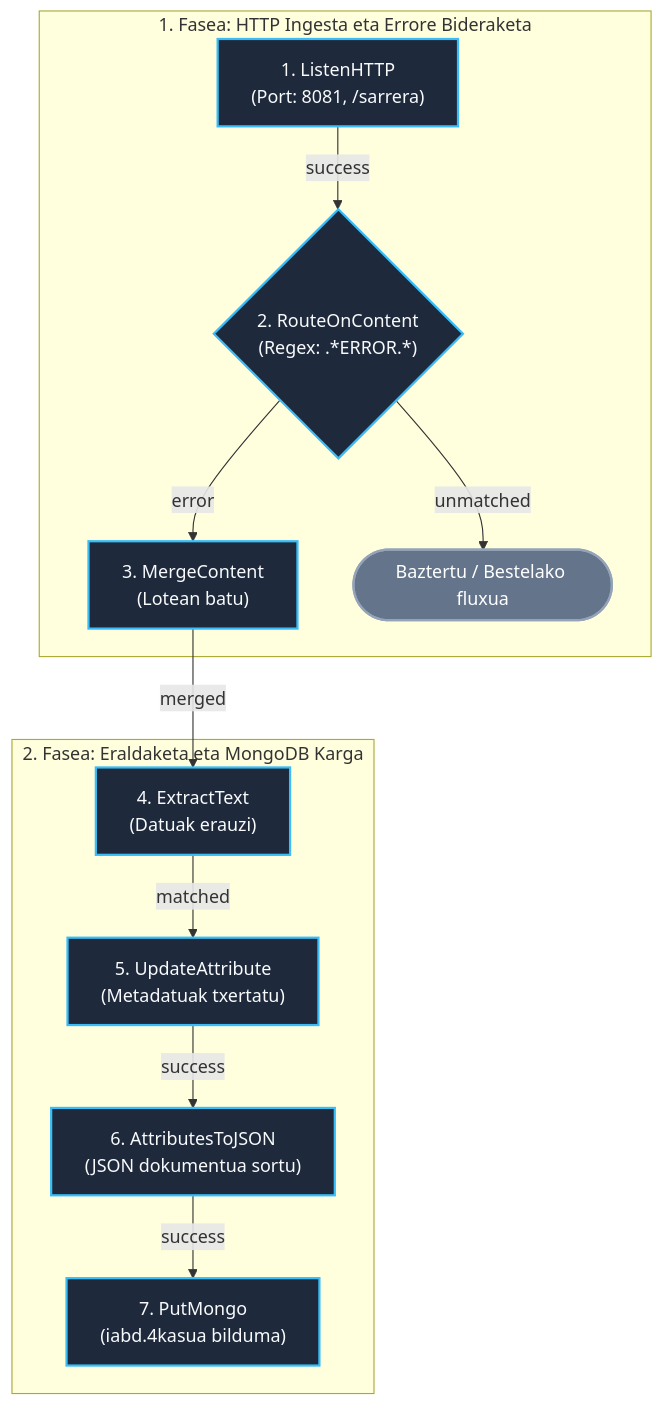
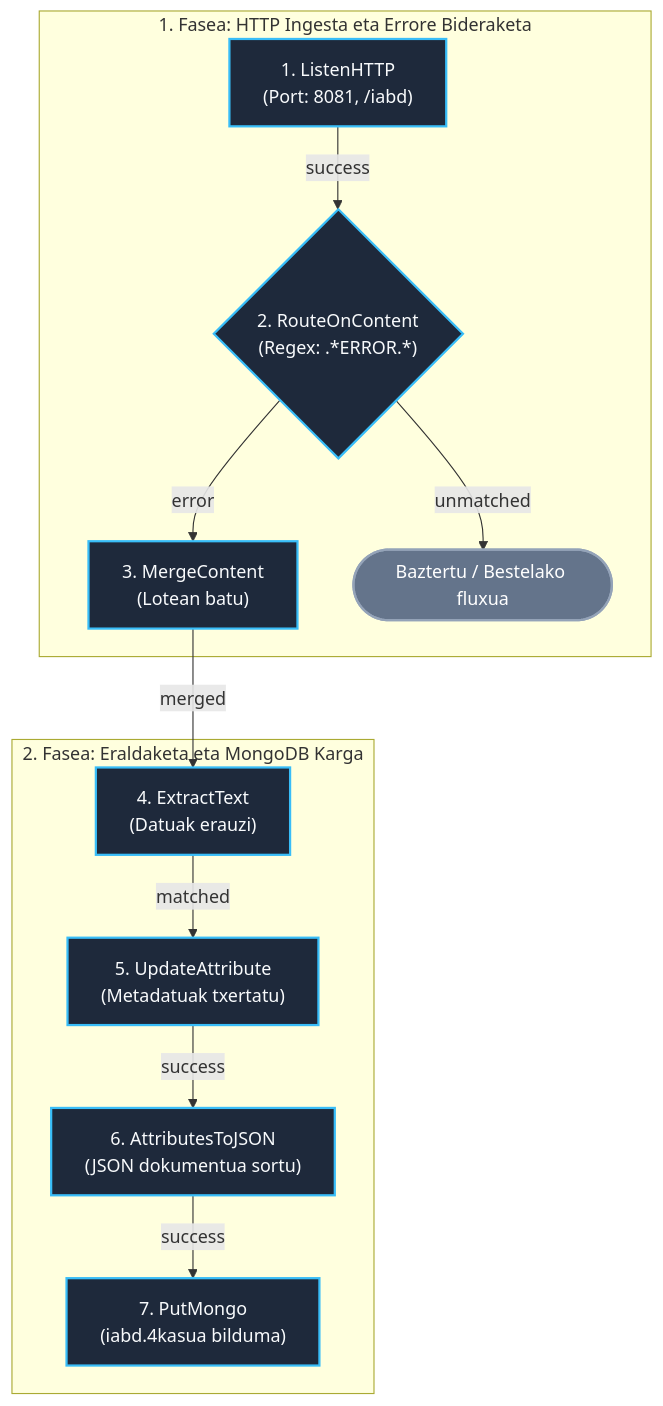
The diagram in 06_NiFi/soluzioak/04_HTTP_Ingesta_eta_MongoDB/README.md (tears-mysthrala/aabd-bigdata), drawn with Mermaid before and after one commit. The commit also changed other lines of this file and 104 other files, not shown here.

````diff
--- a/06_NiFi/soluzioak/04_HTTP_Ingesta_eta_MongoDB/README.md
+++ b/06_NiFi/soluzioak/04_HTTP_Ingesta_eta_MongoDB/README.md
@@ -17,20 +17,20 @@
 ```mermaid
 flowchart TD
     subgraph Sarrera["1. Fasea: HTTP Ingesta eta Errore Bideraketa"]
-        A["1. ListenHTTP<br/>(Port: 8081, /sarrera)"] -->|success| B{"2. RouteOnContent<br/>(Regex: .*ERROR.*)"}
+        A["1. ListenHTTP<br/>(Port: 8081, /iabd)"] -->|success| B{"2. RouteOnContent<br/>(Regex: .*ERROR.*)"}
         B -->|error| C["3. MergeContent<br/>(Lotean batu)"]
         B -->|unmatched| D(["Baztertu / Bestelako fluxua"])
     end
 
     subgraph Karga["2. Fasea: Eraldaketa eta MongoDB Karga"]
         C -->|merged| E["4. ExtractText<br/>(Datuak erauzi)"]
         E -->|matched| F["5. UpdateAttribute<br/>(Metadatuak txertatu)"]
         F -->|success| G["6. AttributesToJSON<br/>(JSON dokumentua sortu)"]
         G -->|success| H["7. PutMongo<br/>(iabd.4kasua bilduma)"]
     end
 
     classDef proc fill:#1e293b,stroke:#38bdf8,stroke-width:2px,color:#f8fafc;
     classDef term fill:#64748b,stroke:#94a3b8,stroke-width:2px,color:#ffffff;
     class A,B,C,E,F,G,H proc;
     class D term;
 ```
````
